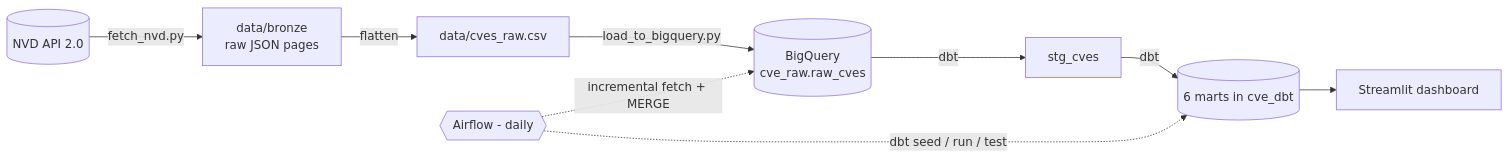
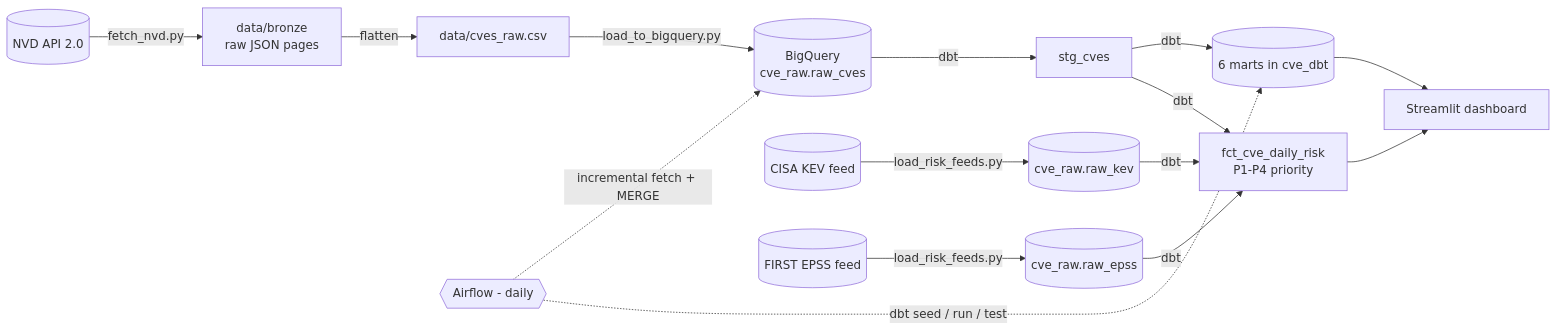
Before and after one commit to iiha099/CVEYE: the diagram in README.md, drawn with Mermaid. The commit also changed other lines of this file, not shown here.

Commit message:
Document KEV/EPSS risk feeds and Patch Priority Queue in README

````diff
--- a/README.md
+++ b/README.md
@@ -18,11 +19,17 @@
 ```mermaid
 flowchart LR
     NVD[(NVD API 2.0)] -->|fetch_nvd.py| B[data/bronze<br/>raw JSON pages]
     B -->|flatten| C[data/cves_raw.csv]
     C -->|load_to_bigquery.py| R[(BigQuery<br/>cve_raw.raw_cves)]
+    KEV[(CISA KEV feed)] -->|load_risk_feeds.py| RK[(cve_raw.raw_kev)]
+    EPSS[(FIRST EPSS feed)] -->|load_risk_feeds.py| RE[(cve_raw.raw_epss)]
     R -->|dbt| S[stg_cves]
     S -->|dbt| M[(6 marts in cve_dbt)]
+    RK -->|dbt| FR[fct_cve_daily_risk<br/>P1-P4 priority]
+    RE -->|dbt| FR
+    S -->|dbt| FR
     M --> D[Streamlit dashboard]
+    FR --> D
     A{{Airflow - daily}} -. incremental fetch + MERGE .-> R
     A -. dbt seed / run / test .-> M
 ```
````
